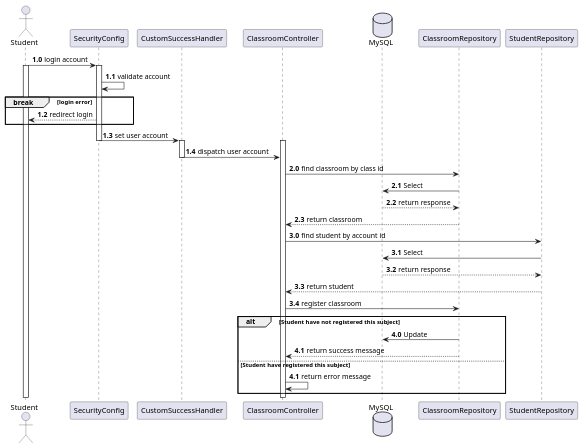
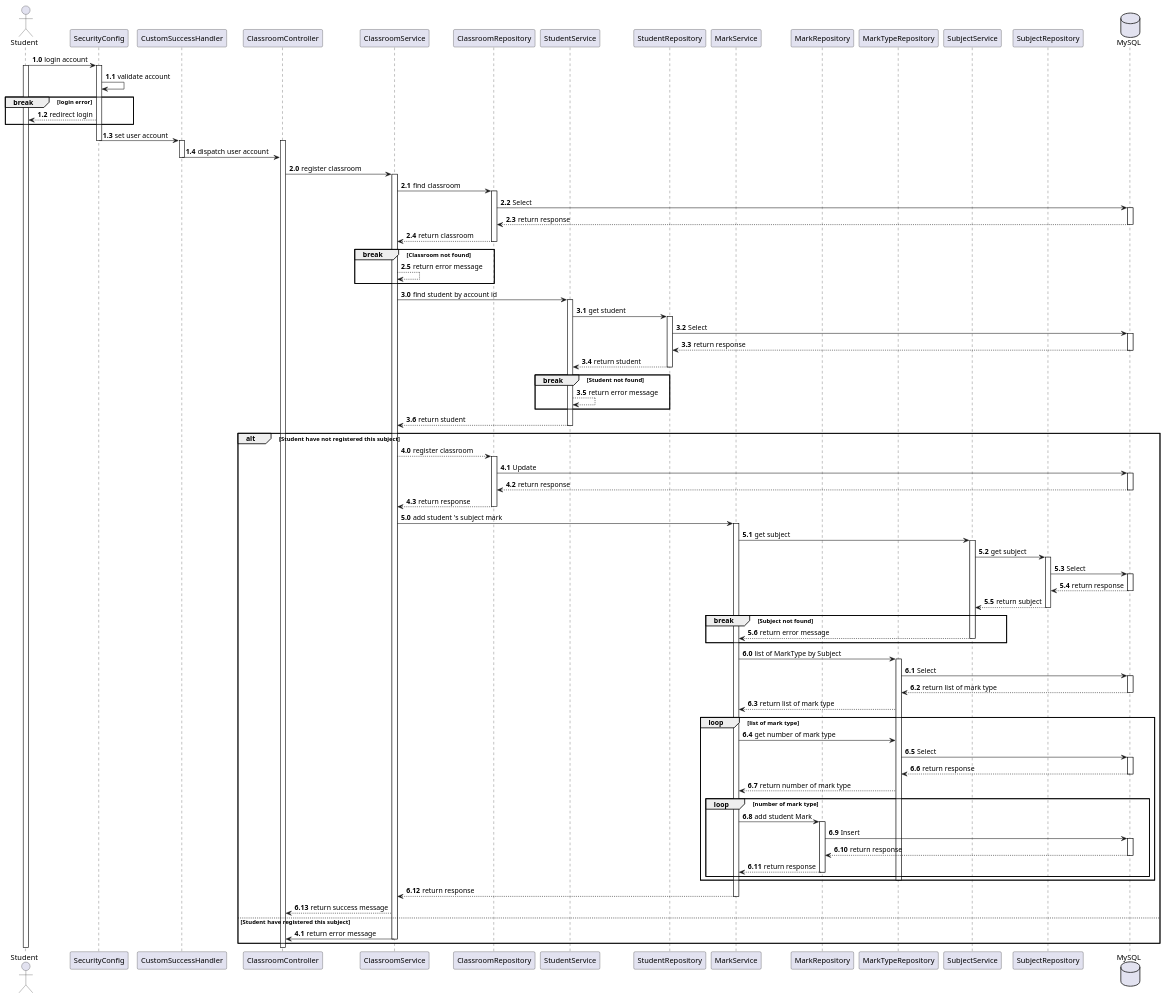
One commit to kientthe163256/student-management-fa22 changed the diagram in uml/student/registerClassroom.puml. Above: the diagram before and after it, drawn with PlantUML. The commit also changed 12 other files, not shown here.

Commit message:
insert mark when student register classroom

```diff
--- a/uml/student/registerClassroom.puml
+++ b/uml/student/registerClassroom.puml
@@ -1,53 +1,137 @@
 @startuml
 Actor Student
 participant SecurityConfig
 participant CustomSuccessHandler
 participant ClassroomController
+participant ClassroomService
+participant ClassroomRepository
+participant StudentService
+participant StudentRepository
+participant MarkService
+participant MarkRepository
+participant MarkTypeRepository
+participant SubjectService
+participant SubjectRepository
 database MySQL
-participant ClassroomRepository
-participant StudentRepository
-
 autonumber 1.0
 Student -> SecurityConfig: login account
 
 activate Student
 activate SecurityConfig
 autonumber 1.1
 SecurityConfig -> SecurityConfig: validate account
 break login error
 SecurityConfig --> Student: redirect login
 end
 
 SecurityConfig -> CustomSuccessHandler: set user account
 deactivate SecurityConfig
 
 activate ClassroomController
 activate CustomSuccessHandler
 
 CustomSuccessHandler -> ClassroomController: dispatch user account
 deactivate CustomSuccessHandler
 
+
+
 autonumber 2.0
-ClassroomController -> ClassroomRepository: find classroom by class id
+ClassroomController -> ClassroomService: register classroom
+activate ClassroomService
+ClassroomService -> ClassroomRepository: find classroom
+activate ClassroomRepository
 ClassroomRepository -> MySQL: Select
+activate MySQL
 MySQL --> ClassroomRepository: return response
-ClassroomRepository --> ClassroomController: return classroom
+deactivate MySQL
+ClassroomRepository --> ClassroomService: return classroom
+deactivate ClassroomRepository
+break Classroom not found
+ClassroomService --> ClassroomService: return error message
+end
+
 autonumber 3.0
 
-ClassroomController -> StudentRepository: find student by account id
+ClassroomService -> StudentService: find student by account id
+activate StudentService
+StudentService -> StudentRepository: get student
+activate StudentRepository
 StudentRepository -> MySQL: Select
+activate MySQL
 MySQL --> StudentRepository: return response
-StudentRepository --> ClassroomController: return student
- ClassroomController -> ClassroomRepository: register classroom
+deactivate MySQL
+StudentRepository --> StudentService: return student
+ deactivate StudentRepository
+ break Student not found
+ StudentService --> StudentService: return error message
+ end
+StudentService --> ClassroomService: return student
+deactivate StudentService
+
 autonumber 4.0
 alt Student have not registered this subject
+    ClassroomService --> ClassroomRepository: register classroom
+    activate ClassroomRepository
+    ClassroomRepository ->MySQL: Update
+    activate MySQL
+    MySQL --> ClassroomRepository:return response
+    deactivate MySQL
+    ClassroomRepository --> ClassroomService: return response
+    deactivate ClassroomRepository
+autonumber 5.0
+    ClassroomService -> MarkService: add student 's subject mark
+    activate MarkService
+    MarkService -> SubjectService: get subject
+    activate SubjectService
+    SubjectService -> SubjectRepository: get subject
+    activate SubjectRepository
+    SubjectRepository -> MySQL: Select
+    activate MySQL
+    MySQL --> SubjectRepository: return response
+    deactivate MySQL
+    SubjectRepository --> SubjectService: return subject
+    deactivate SubjectRepository
+    break Subject not found
+    SubjectService --> MarkService: return error message
+    deactivate SubjectService
+    end
 
-    ClassroomRepository ->MySQL: Update
-    ClassroomRepository --> ClassroomController: return success message
+
+autonumber 6.0
+    MarkService -> MarkTypeRepository: list of MarkType by Subject
+    activate MarkTypeRepository
+    MarkTypeRepository -> MySQL: Select
+    activate MySQL
+    MySQL --> MarkTypeRepository: return list of mark type
+    deactivate MySQL
+    MarkTypeRepository --> MarkService: return list of mark type
+    loop list of mark type
+                MarkService -> MarkTypeRepository: get number of mark type
+                MarkTypeRepository -> MySQL: Select
+                activate MySQL
+                MySQL --> MarkTypeRepository: return response
+                deactivate MySQL
+                MarkTypeRepository --> MarkService: return number of mark type
+                loop number of mark type
+                MarkService -> MarkRepository: add student Mark
+                activate MarkRepository
+                MarkRepository -> MySQL: Insert
+                activate MySQL
+                MySQL --> MarkRepository: return response
+                deactivate MySQL
+                MarkRepository --> MarkService: return response
+                deactivate MarkRepository
+                end
+                deactivate MarkTypeRepository
+            end
+    MarkService --> ClassroomService: return response
+    deactivate MarkService
+    ClassroomService --> ClassroomController: return success message
 autonumber 4.1
 else Student have registered this subject
-    ClassroomController ->ClassroomController: return error message
+    ClassroomService ->ClassroomController: return error message
+    deactivate ClassroomService
 end
 
 
 @enduml
```
